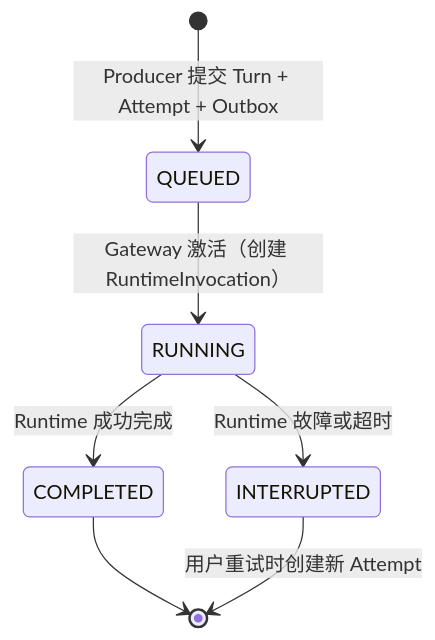
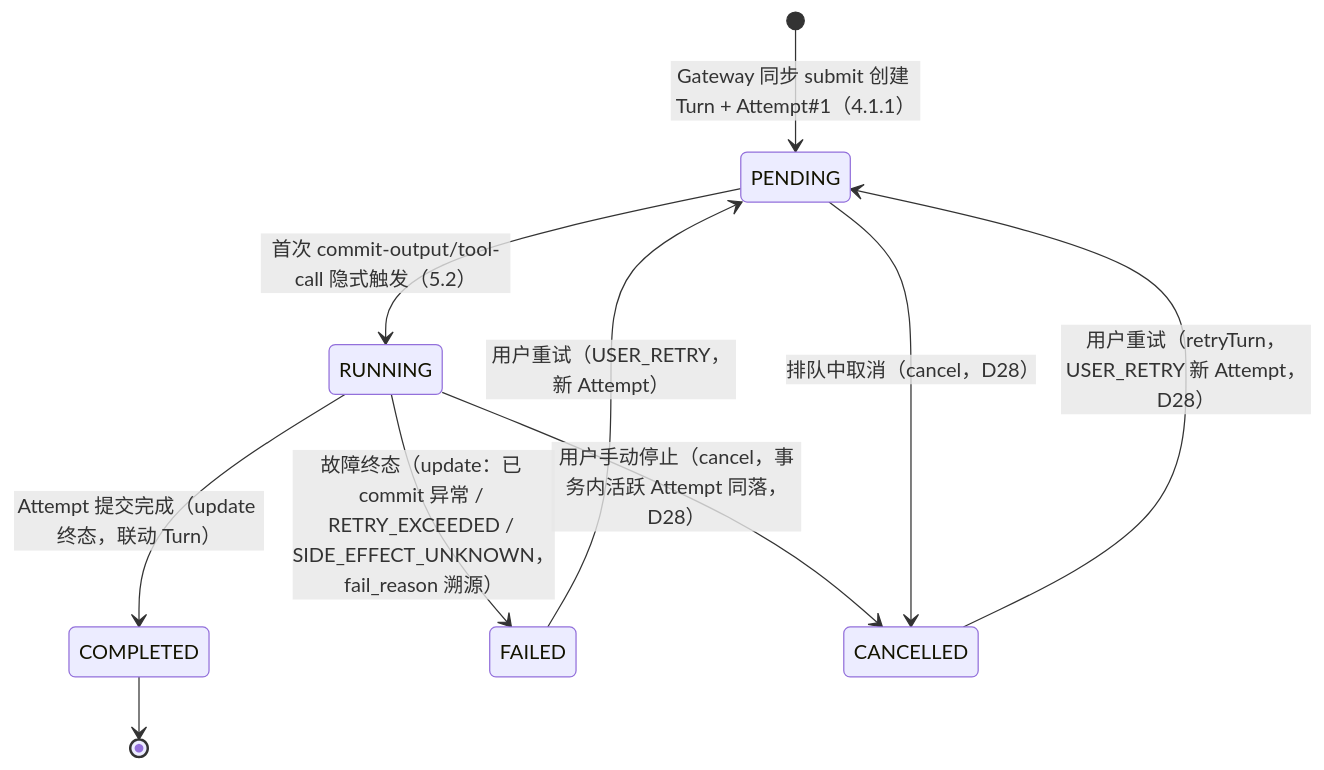
Before and after one commit to JamesLi-NLP/AgentGateway: the second of 8 diagrams in design/turn-scheduler-design.md, drawn with Mermaid. The commit also changed other lines of this file and 13 other files, not shown here.

````diff
--- a/design/turn-scheduler-design.md
+++ b/design/turn-scheduler-design.md
@@ -390,9 +423,12 @@
 ```mermaid
 stateDiagram-v2
-    [*] --> QUEUED: Producer 提交 Turn + Attempt + Outbox
-    QUEUED --> RUNNING: Gateway 激活（创建 RuntimeInvocation）
-    RUNNING --> COMPLETED: Runtime 成功完成
-    RUNNING --> INTERRUPTED: Runtime 故障或超时
+    [*] --> PENDING: Gateway 同步 submit 创建 Turn + Attempt#1（4.1.1）
+    PENDING --> RUNNING: 首次 commit-output/tool-call 隐式触发（5.2）
+    RUNNING --> COMPLETED: Attempt 提交完成（update 终态，联动 Turn）
+    RUNNING --> FAILED: 故障终态（update：已 commit 异常 / RETRY_EXCEEDED / SIDE_EFFECT_UNKNOWN，fail_reason 溯源）
+    RUNNING --> CANCELLED: 用户手动停止（cancel，事务内活跃 Attempt 同落，D28）
+    PENDING --> CANCELLED: 排队中取消（cancel，D28）
+    FAILED --> PENDING: 用户重试（USER_RETRY，新 Attempt）
+    CANCELLED --> PENDING: 用户重试（retryTurn，USER_RETRY 新 Attempt，D28）
     COMPLETED --> [*]
-    INTERRUPTED --> [*]: 用户重试时创建新 Attempt
 ```
````
